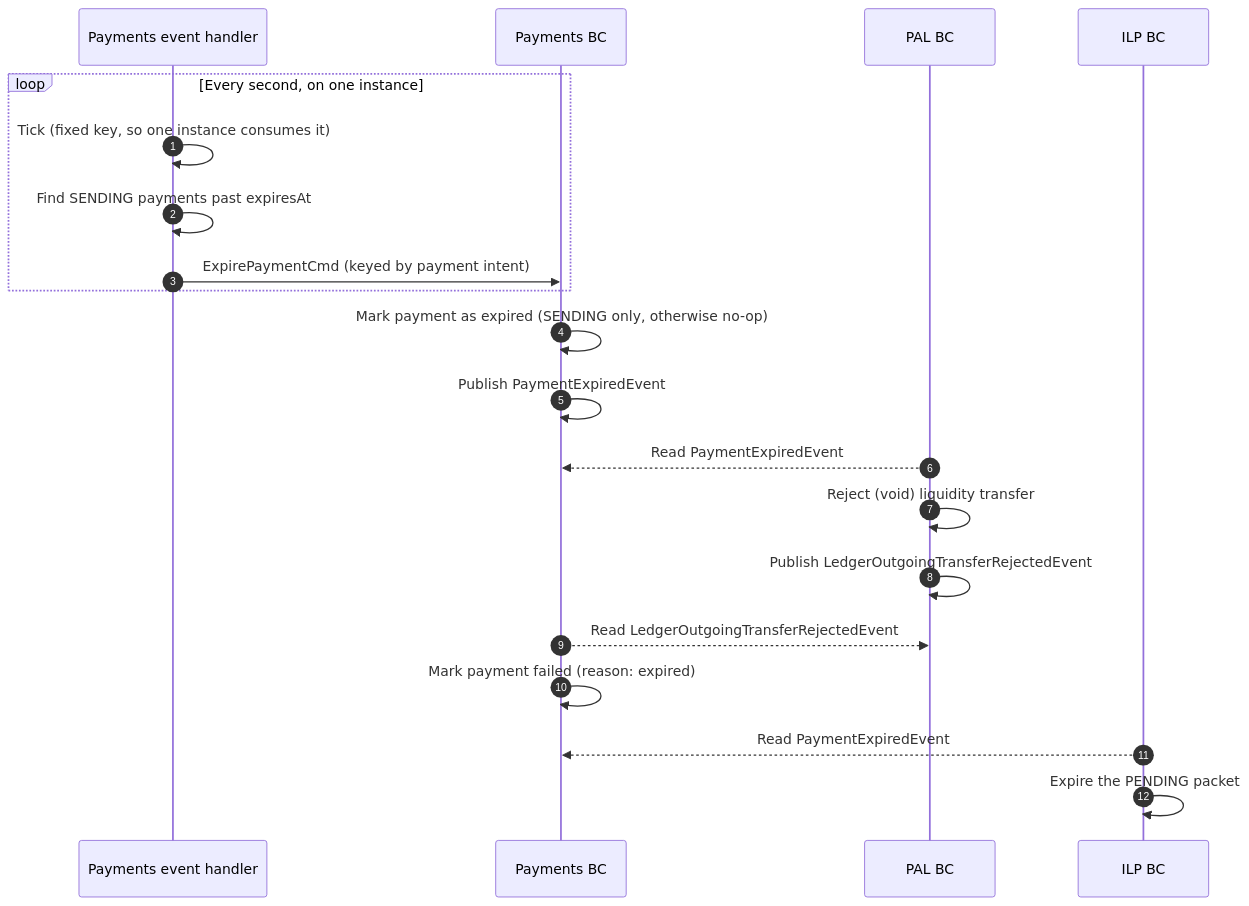
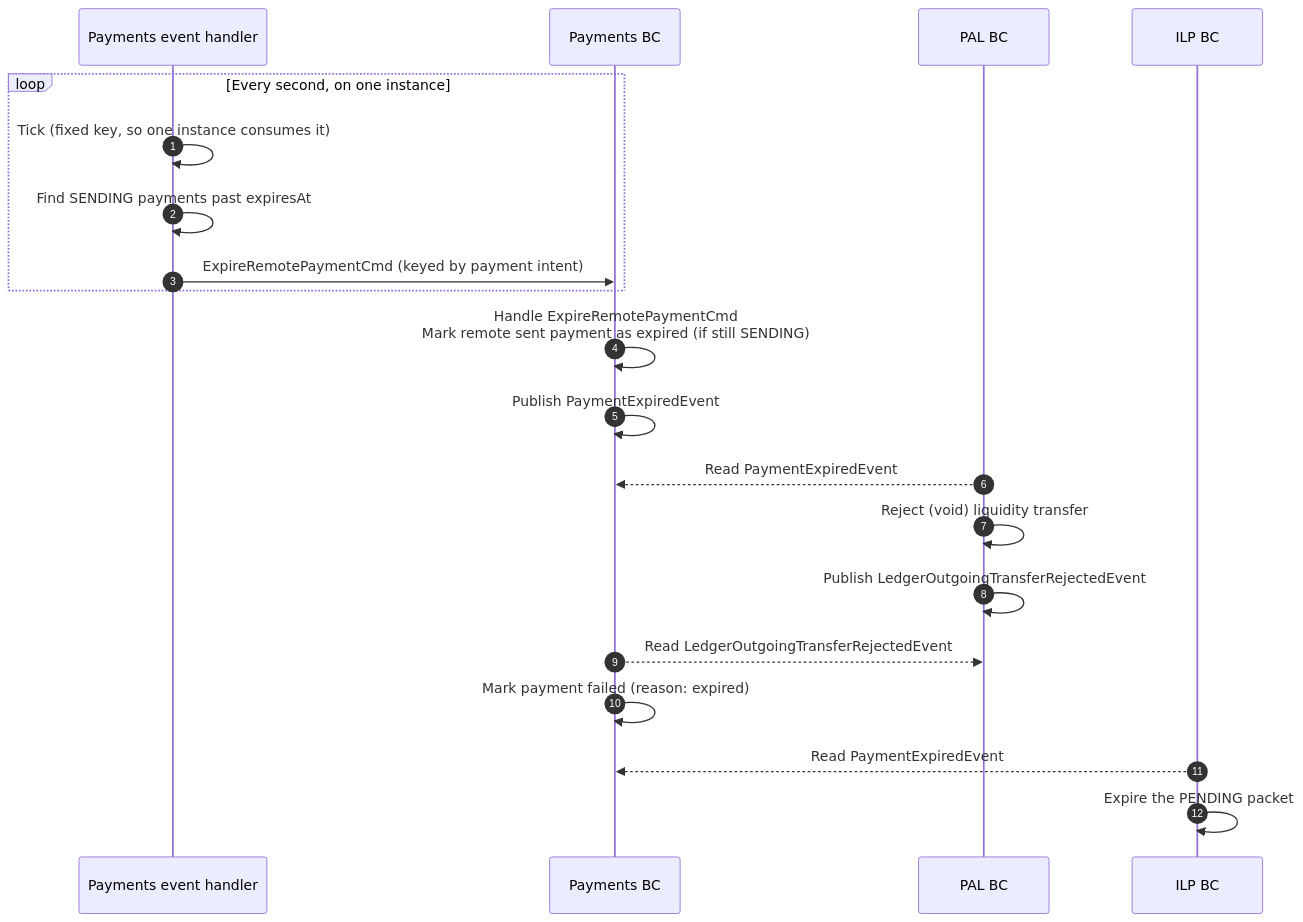
The second of 2 diagrams in dev-docs/sequence-diagrams/ILP/Remote Payment - Sending.md (interledger/rhyza), drawn with Mermaid before and after one commit. The commit also changed other lines of this file and 18 other files, not shown here.

````diff
--- a/dev-docs/sequence-diagrams/ILP/Remote Payment - Sending.md
+++ b/dev-docs/sequence-diagrams/ILP/Remote Payment - Sending.md
@@ -53,25 +53,25 @@
 ```mermaid
 sequenceDiagram
 	autonumber
 
     participant PEH as Payments event handler
     participant PBC as Payments BC
     participant PAL as PAL BC
     participant ILPBC as ILP BC
 
     loop Every second, on one instance
     PEH ->> PEH: Tick (fixed key, so one instance consumes it)
     PEH ->> PEH: Find SENDING payments past expiresAt
-    PEH ->> PBC: ExpirePaymentCmd (keyed by payment intent)
+    PEH ->> PBC: ExpireRemotePaymentCmd (keyed by payment intent)
     end
 
-    PBC ->> PBC: Mark payment as expired (SENDING only, otherwise no-op)
+    PBC ->> PBC: Handle ExpireRemotePaymentCmd<br>Mark remote sent payment as expired (if still SENDING)
     PBC ->> PBC: Publish PaymentExpiredEvent
     PAL -->> PBC: Read PaymentExpiredEvent
     PAL ->> PAL: Reject (void) liquidity transfer
     PAL ->> PAL: Publish LedgerOutgoingTransferRejectedEvent
     PBC -->> PAL: Read LedgerOutgoingTransferRejectedEvent
     PBC ->> PBC: Mark payment failed (reason: expired)
     ILPBC -->> PBC: Read PaymentExpiredEvent
     ILPBC ->> ILPBC: Expire the PENDING packet
 ```
````
